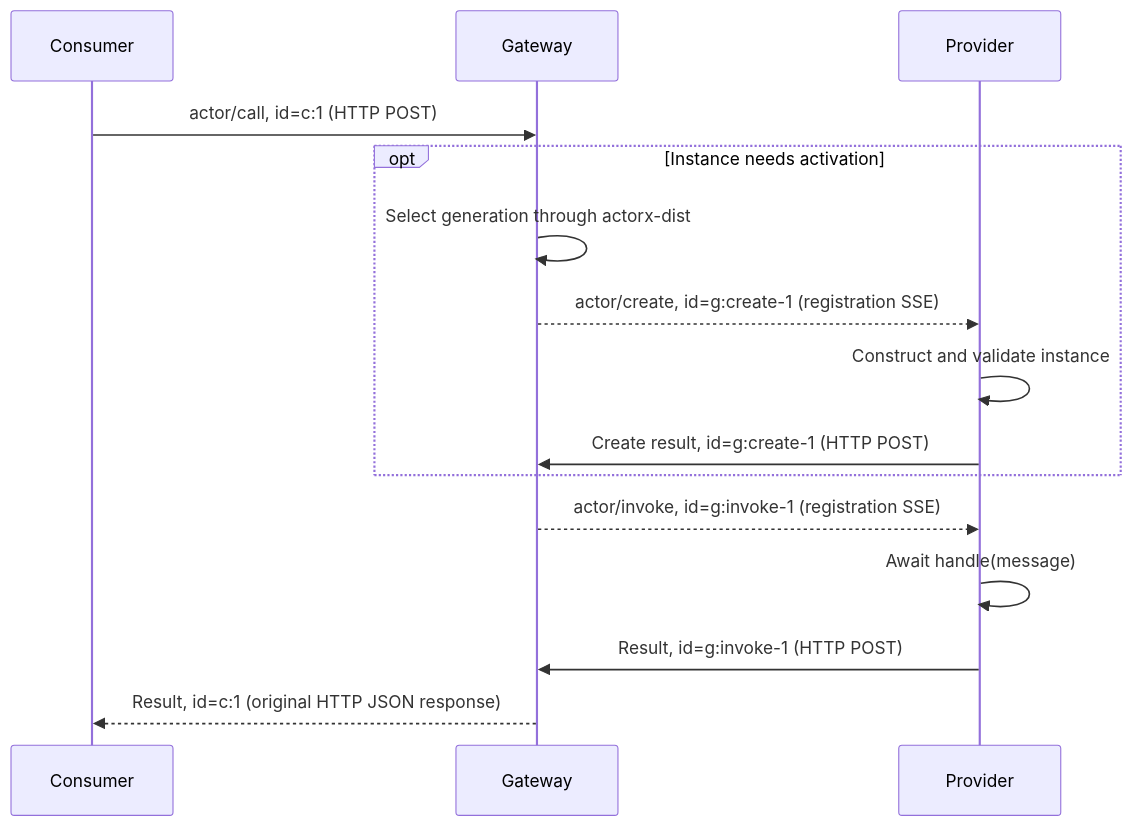
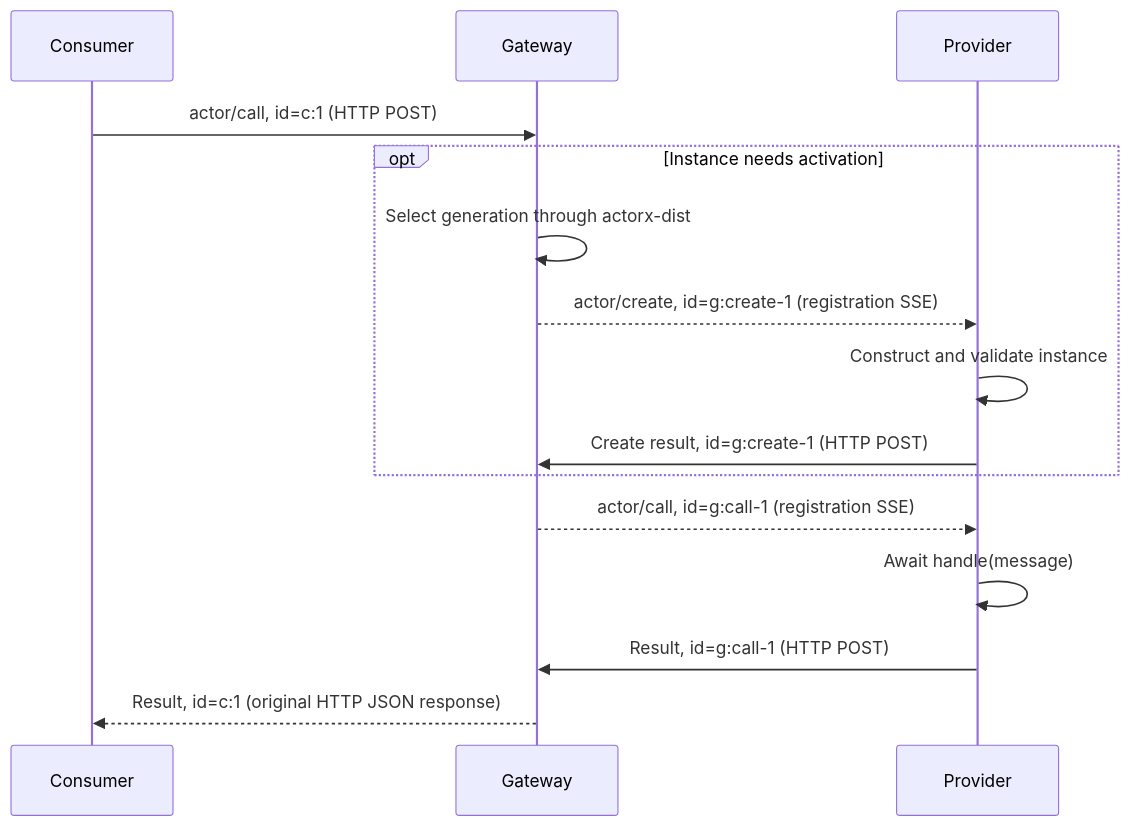
One commit to go-aie/actorx-dist changed the second of 4 diagrams in remote/docs/protocol.md. Above: the diagram before and after it, drawn with Mermaid. The commit also changed other lines of this file and 30 other files, not shown here.

````diff
--- a/remote/docs/protocol.md
+++ b/remote/docs/protocol.md
@@ -187,17 +189,17 @@
 ```mermaid
 sequenceDiagram
     participant C as Consumer
     participant G as Gateway
     participant P as Provider
     C->>G: actor/call, id=c:1 (HTTP POST)
     opt Instance needs activation
         G->>G: Select generation through actorx-dist
         G-->>P: actor/create, id=g:create-1 (registration SSE)
         P->>P: Construct and validate instance
         P->>G: Create result, id=g:create-1 (HTTP POST)
     end
-    G-->>P: actor/invoke, id=g:invoke-1 (registration SSE)
+    G-->>P: actor/call, id=g:call-1 (registration SSE)
     P->>P: Await handle(message)
-    P->>G: Result, id=g:invoke-1 (HTTP POST)
+    P->>G: Result, id=g:call-1 (HTTP POST)
     G-->>C: Result, id=c:1 (original HTTP JSON response)
 ```
````
